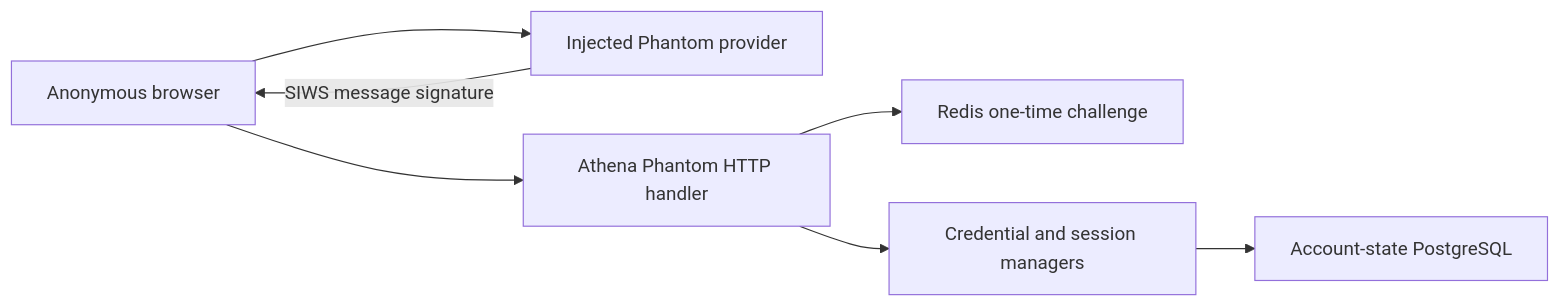
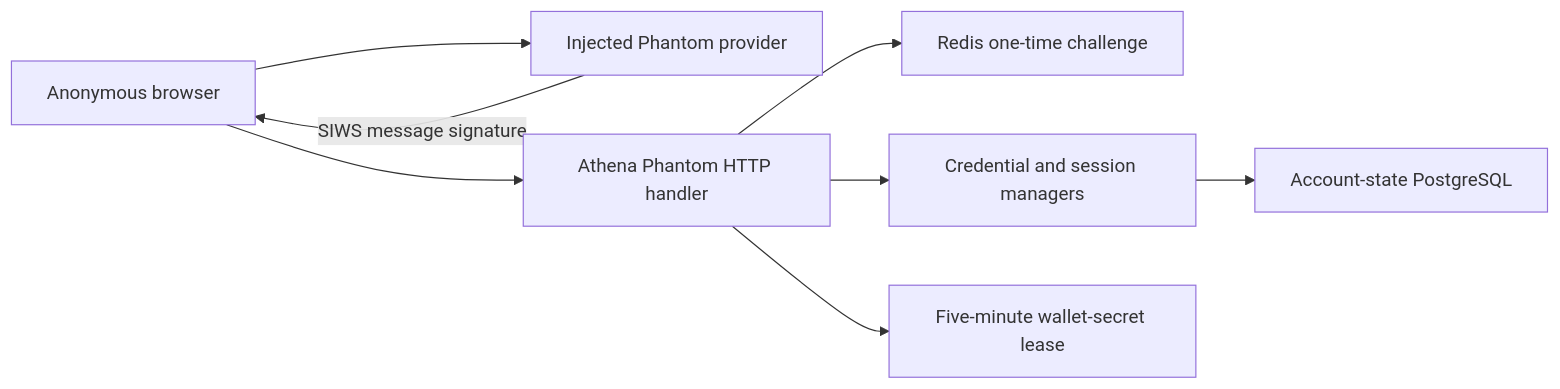
Before and after one commit to useryege/athena-o: the diagram in docs/design/identity-access/solana-wallet-authentication.md, drawn with Mermaid. The commit also changed other lines of this file and 79 other files, not shown here.

````diff
--- a/docs/design/identity-access/solana-wallet-authentication.md
+++ b/docs/design/identity-access/solana-wallet-authentication.md
@@ -29,9 +35,10 @@
 ```mermaid
 flowchart LR
     B["Anonymous browser"] --> P["Injected Phantom provider"]
     B --> H["Athena Phantom HTTP handler"]
     H --> R["Redis one-time challenge"]
     P -->|"SIWS message signature"| B
     H --> C["Credential and session managers"]
     C --> D["Account-state PostgreSQL"]
+    H --> W["Five-minute wallet-secret lease"]
 ```
````
